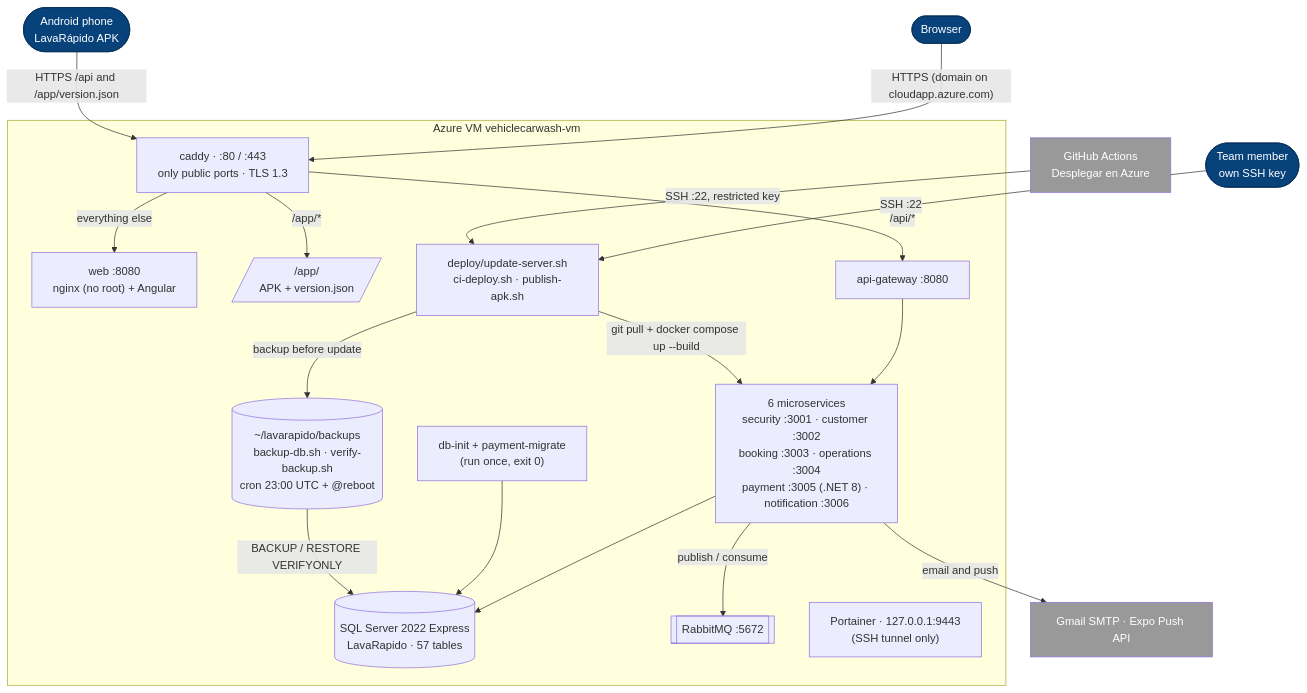
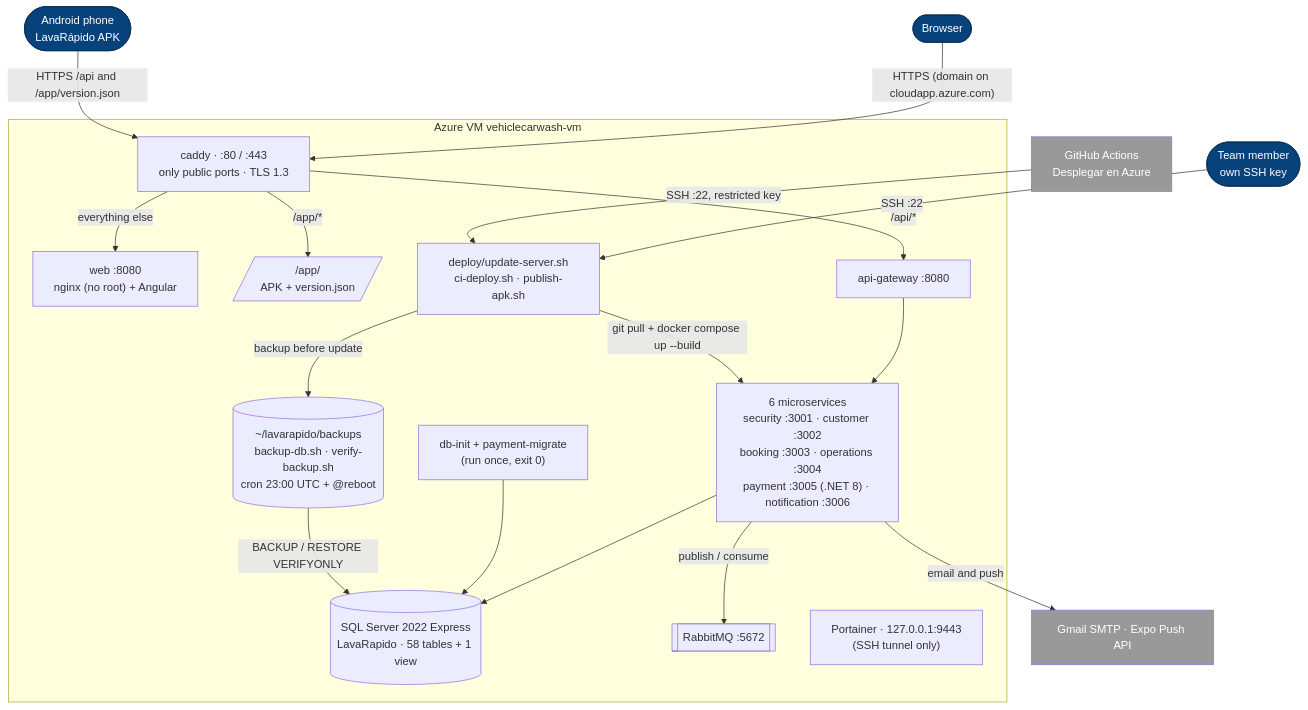
Before and after one commit to code-sena/vehicle-w-docs: the diagram in 08-uml/diagrams/source/deployment-production.md, drawn with Mermaid. The commit also changed 7 other files, not shown here.

````diff
--- a/08-uml/diagrams/source/deployment-production.md
+++ b/08-uml/diagrams/source/deployment-production.md
@@ -10,42 +10,42 @@
 ```mermaid
 flowchart TB
     browser([Browser]):::person
     phone([Android phone<br/>LavaRápido APK]):::person
     team([Team member<br/>own SSH key]):::person
     gha[GitHub Actions<br/>Desplegar en Azure]:::ext
 
     subgraph azure["Azure VM vehiclecarwash-vm"]
         caddy["caddy · :80 / :443<br/>only public ports · TLS 1.3"]
         web["web :8080<br/>nginx (no root) + Angular"]
         dl[/"/app/<br/>APK + version.json"/]
         gw["api-gateway :8080"]
         apps["6 microservices<br/>security :3001 · customer :3002<br/>booking :3003 · operations :3004<br/>payment :3005 (.NET 8) · notification :3006"]
-        db[("SQL Server 2022 Express<br/>LavaRapido · 57 tables")]
+        db[("SQL Server 2022 Express<br/>LavaRapido · 58 tables + 1 view")]
         mq[["RabbitMQ :5672"]]
         init["db-init + payment-migrate<br/>(run once, exit 0)"]
         scripts["deploy/update-server.sh<br/>ci-deploy.sh · publish-apk.sh"]
         backups[("~/lavarapido/backups<br/>backup-db.sh · verify-backup.sh<br/>cron 23:00 UTC + @reboot")]
         portainer["Portainer · 127.0.0.1:9443<br/>(SSH tunnel only)"]
     end
 
     ext[Gmail SMTP · Expo Push API]:::ext
 
     browser -- "HTTPS (domain on cloudapp.azure.com)" --> caddy
     phone -- "HTTPS /api and /app/version.json" --> caddy
     caddy -- "everything else" --> web
     caddy -- "/app/*" --> dl
     caddy -- "/api/*" --> gw
     gw --> apps
     apps --> db
     apps -- "publish / consume" --> mq
     init --> db
     apps -- "email and push" --> ext
     team -- "SSH :22" --> scripts
     gha -- "SSH :22, restricted key" --> scripts
     scripts -- "git pull + docker compose up --build" --> apps
     scripts -- "backup before update" --> backups
     backups -- "BACKUP / RESTORE VERIFYONLY" --> db
 
     classDef person fill:#08427b,color:#fff,stroke:#052e56
     classDef ext fill:#999,color:#fff
 ```
````
